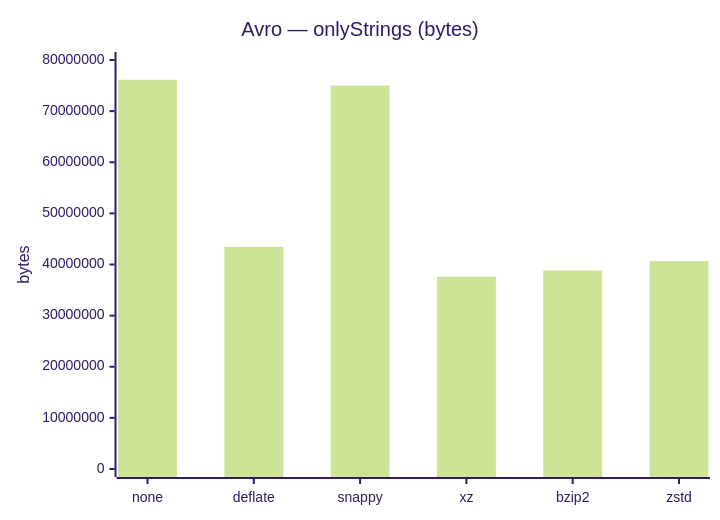
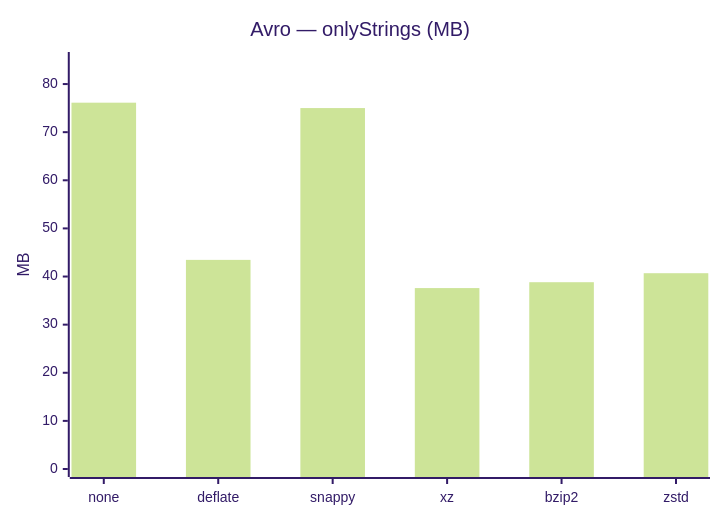
Before and after one commit to nryanov/SerializationBenchmark: the ninth of 33 diagrams in results/2026/file-sizes.md, drawn with Mermaid (forest theme). The commit also changed other lines of this file, not shown here.

Commit message:
doc: update file size charts

````diff
--- a/results/2026/file-sizes.md
+++ b/results/2026/file-sizes.md
@@ -120,8 +120,8 @@
 ```mermaid
 %%{init: {"config": {"xyChart": {"width": 610, "height": 360}}}}%%
 xychart-beta
-    title "Avro — onlyStrings (bytes)"
+    title "Avro — onlyStrings (MB)"
     x-axis ["none", "deflate", "snappy", "xz", "bzip2", "zstd"]
-    y-axis "bytes" 0 --> 80000000
-    bar [76127354, 43457387, 75005139, 37599808, 38821030, 40686773]
+    y-axis "MB" 0 --> 85
+    bar [76.13, 43.46, 75.01, 37.6, 38.82, 40.69]
 ```
````
